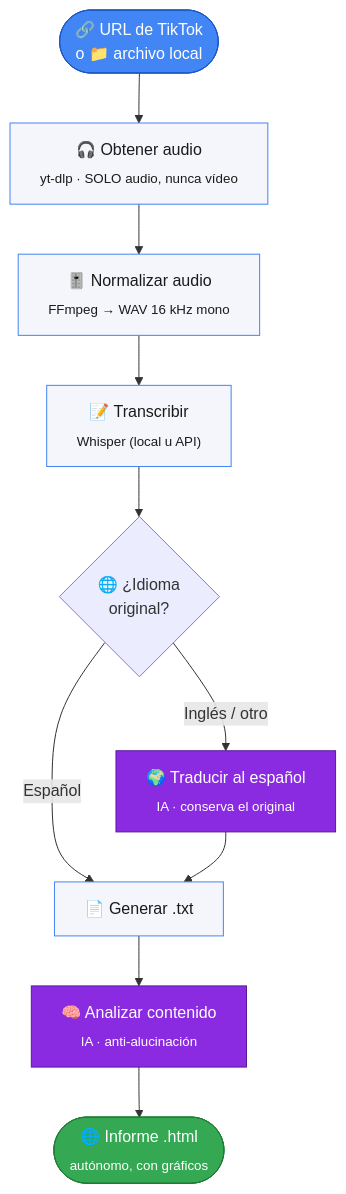
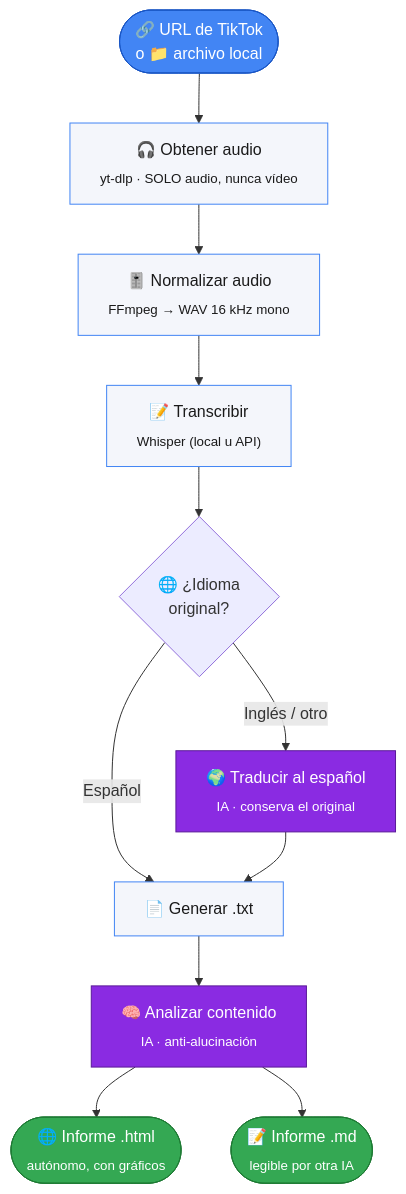
Before and after one commit to Javier3921/Extractor_texto_tiktok: the first of 2 diagrams in README.md, drawn with Mermaid. The commit also changed other lines of this file and 20 other files, not shown here.

````diff
--- a/README.md
+++ b/README.md
@@ -21,21 +32,22 @@
 ```mermaid
 flowchart TD
     A(["🔗 URL de TikTok<br/>o 📁 archivo local"]) --> B["🎧 Obtener audio<br/><sub>yt-dlp · SOLO audio, nunca vídeo</sub>"]
     B --> C["🎚️ Normalizar audio<br/><sub>FFmpeg → WAV 16 kHz mono</sub>"]
     C --> D["📝 Transcribir<br/><sub>Whisper (local u API)</sub>"]
     D --> E{"🌐 ¿Idioma<br/>original?"}
     E -- Español --> G["📄 Generar .txt"]
     E -- "Inglés / otro" --> F["🌍 Traducir al español<br/><sub>IA · conserva el original</sub>"]
     F --> G
     G --> H["🧠 Analizar contenido<br/><sub>IA · anti-alucinación</sub>"]
     H --> I(["🌐 Informe .html<br/><sub>autónomo, con gráficos</sub>"])
+    H --> J(["📝 Informe .md<br/><sub>legible por otra IA</sub>"])
 
     classDef entrada fill:#4285F4,stroke:#1a56c4,color:#fff
     classDef proceso fill:#f4f6fb,stroke:#4285F4,color:#1a1a1a
     classDef ia fill:#8A2BE2,stroke:#5b1a99,color:#fff
     classDef salida fill:#34A853,stroke:#1e7a34,color:#fff
     class A entrada
     class B,C,D,G proceso
     class F,H ia
-    class I salida
+    class I,J salida
 ```
````
